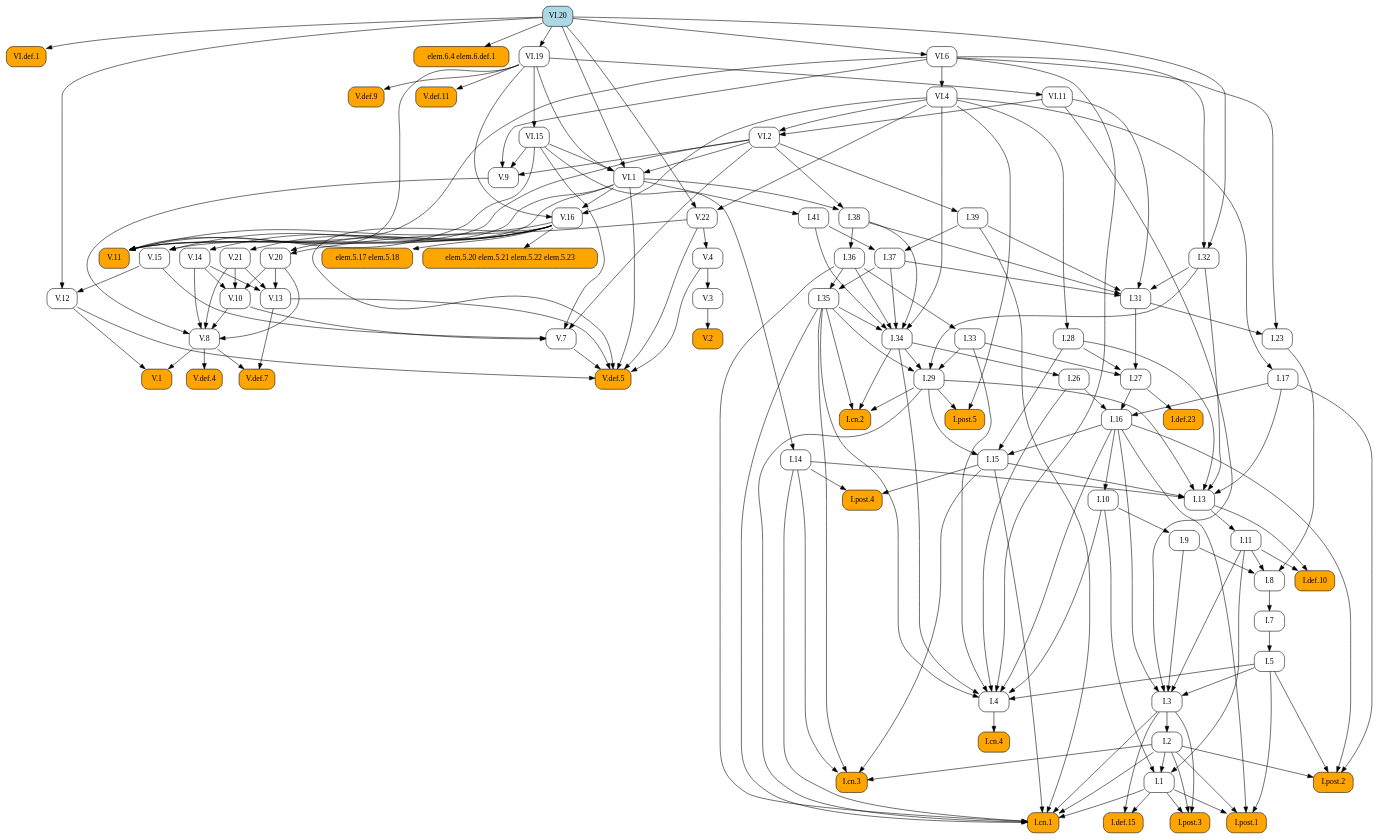
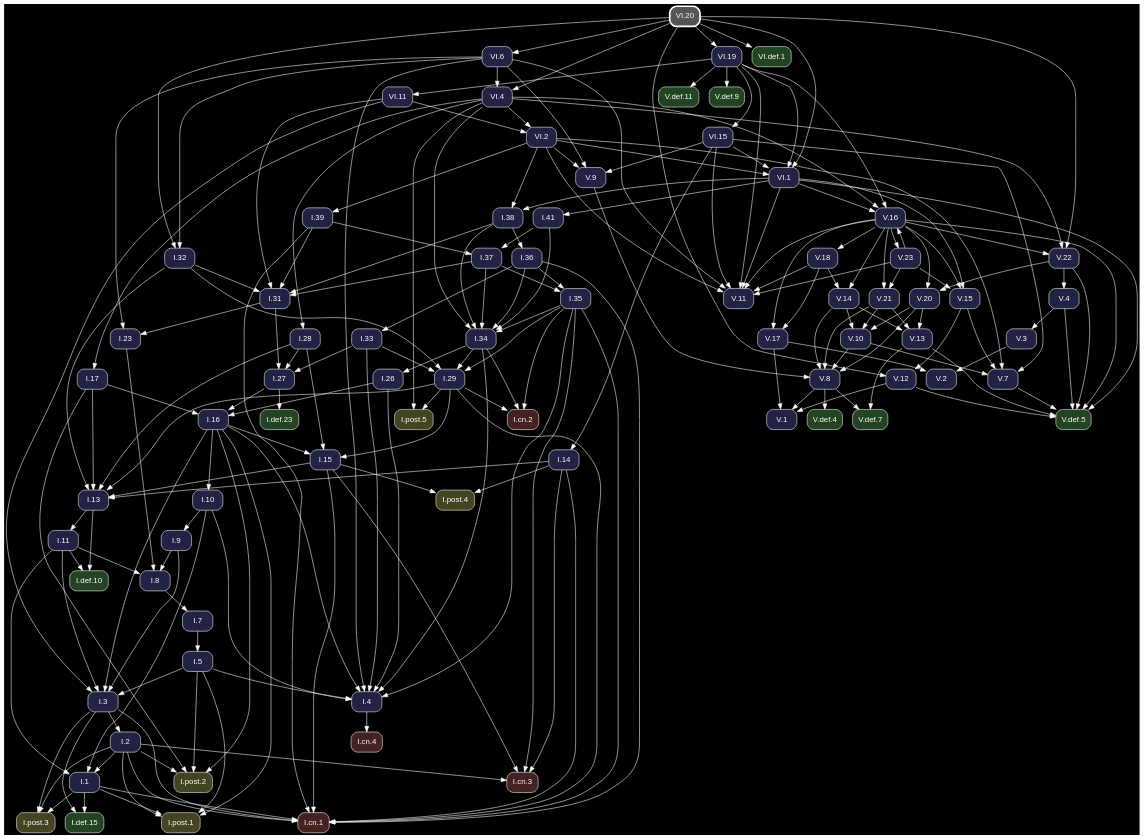
Before and after one commit to geometor/elements: the diagram in docsrc/heath/VI/20/index.rst, drawn with Graphviz. The commit also changed other lines of this file and 1200 other files, not shown here.

Commit message:
update dependency graphs

```diff
--- a/docsrc/heath/VI/20/index.rst
+++ b/docsrc/heath/VI/20/index.rst
@@ -164,217 +164,92 @@
 .. graphviz::
 
    digraph {
+     bgcolor="black";
+     node [shape=box, style="rounded,filled", fontname="Helvetica", color="white", fontcolor="white"];
+     edge [color="white", fontcolor="white"];
      rankdir="TB";
-     node [shape=box, style=rounded];
-     "I.23" [URL="/heath/I/23/", target="_top"];
-     "I.9" [URL="/heath/I/9/", target="_top"];
-     "VI.def.1" [style="rounded,filled", fillcolor=orange, URL="/heath/VI/def.1/", target="_top"];
-     "V.13" [URL="/heath/V/13/", target="_top"];
-     "I.def.15" [style="rounded,filled", fillcolor=orange, URL="/heath/I/def.15/", target="_top"];
-     "V.7" [URL="/heath/V/7/", target="_top"];
-     "elem.5.17 elem.5.18" [style="rounded,filled", fillcolor=orange];
-     "I.post.1" [style="rounded,filled", fillcolor=orange, URL="/heath/I/post.1/", target="_top"];
-     "V.14" [URL="/heath/V/14/", target="_top"];
-     "V.9" [URL="/heath/V/9/", target="_top"];
-     "VI.20" [style="rounded,filled", fillcolor=lightblue, URL="/heath/VI/20/", target="_top"];
-     "I.31" [URL="/heath/I/31/", target="_top"];
-     "I.def.10" [style="rounded,filled", fillcolor=orange, URL="/heath/I/def.10/", target="_top"];
-     "V.10" [URL="/heath/V/10/", target="_top"];
-     "V.4" [URL="/heath/V/4/", target="_top"];
-     "VI.1" [URL="/heath/VI/1/", target="_top"];
-     "I.39" [URL="/heath/I/39/", target="_top"];
-     "I.14" [URL="/heath/I/14/", target="_top"];
-     "V.11" [style="rounded,filled", fillcolor=orange, URL="/heath/V/11/", target="_top"];
-     "I.34" [URL="/heath/I/34/", target="_top"];
-     "I.3" [URL="/heath/I/3/", target="_top"];
-     "V.def.4" [style="rounded,filled", fillcolor=orange, URL="/heath/V/def.4/", target="_top"];
-     "V.def.7" [style="rounded,filled", fillcolor=orange, URL="/heath/V/def.7/", target="_top"];
-     "V.21" [URL="/heath/V/21/", target="_top"];
-     "I.2" [URL="/heath/I/2/", target="_top"];
-     "V.3" [URL="/heath/V/3/", target="_top"];
-     "I.13" [URL="/heath/I/13/", target="_top"];
-     "I.post.4" [style="rounded,filled", fillcolor=orange, URL="/heath/I/post.4/", target="_top"];
-     "I.4" [URL="/heath/I/4/", target="_top"];
-     "I.1" [URL="/heath/I/1/", target="_top"];
-     "I.8" [URL="/heath/I/8/", target="_top"];
-     "I.17" [URL="/heath/I/17/", target="_top"];
-     "I.29" [URL="/heath/I/29/", target="_top"];
-     "I.38" [URL="/heath/I/38/", target="_top"];
-     "V.8" [URL="/heath/V/8/", target="_top"];
-     "I.15" [URL="/heath/I/15/", target="_top"];
-     "I.10" [URL="/heath/I/10/", target="_top"];
-     "I.11" [URL="/heath/I/11/", target="_top"];
-     "I.def.23" [style="rounded,filled", fillcolor=orange, URL="/heath/I/def.23/", target="_top"];
-     "V.def.9" [style="rounded,filled", fillcolor=orange, URL="/heath/V/def.9/", target="_top"];
-     "V.def.11" [style="rounded,filled", fillcolor=orange, URL="/heath/V/def.11/", target="_top"];
-     "VI.4" [URL="/heath/VI/4/", target="_top"];
-     "I.26" [URL="/heath/I/26/", target="_top"];
-     "elem.6.4 elem.6.def.1" [style="rounded,filled", fillcolor=orange];
-     "V.16" [URL="/heath/V/16/", target="_top"];
-     "VI.15" [URL="/heath/VI/15/", target="_top"];
-     "I.33" [URL="/heath/I/33/", target="_top"];
-     "I.32" [URL="/heath/I/32/", target="_top"];
-     "I.post.3" [style="rounded,filled", fillcolor=orange, URL="/heath/I/post.3/", target="_top"];
-     "V.def.5" [style="rounded,filled", fillcolor=orange, URL="/heath/V/def.5/", target="_top"];
-     "VI.19" [URL="/heath/VI/19/", target="_top"];
-     "V.20" [URL="/heath/V/20/", target="_top"];
-     "I.27" [URL="/heath/I/27/", target="_top"];
-     "V.12" [URL="/heath/V/12/", target="_top"];
-     "V.2" [style="rounded,filled", fillcolor=orange, URL="/heath/V/2/", target="_top"];
-     "I.cn.1" [style="rounded,filled", fillcolor=orange, URL="/heath/I/cn.1/", target="_top"];
-     "I.35" [URL="/heath/I/35/", target="_top"];
-     "VI.6" [URL="/heath/VI/6/", target="_top"];
-     "I.7" [URL="/heath/I/7/", target="_top"];
-     "I.36" [URL="/heath/I/36/", target="_top"];
-     "I.5" [URL="/heath/I/5/", target="_top"];
-     "I.37" [URL="/heath/I/37/", target="_top"];
-     "I.cn.3" [style="rounded,filled", fillcolor=orange, URL="/heath/I/cn.3/", target="_top"];
-     "I.16" [URL="/heath/I/16/", target="_top"];
-     "V.22" [URL="/heath/V/22/", target="_top"];
-     "V.1" [style="rounded,filled", fillcolor=orange, URL="/heath/V/1/", target="_top"];
-     "I.cn.2" [style="rounded,filled", fillcolor=orange, URL="/heath/I/cn.2/", target="_top"];
-     "I.post.5" [style="rounded,filled", fillcolor=orange, URL="/heath/I/post.5/", target="_top"];
-     "VI.2" [URL="/heath/VI/2/", target="_top"];
-     "I.cn.4" [style="rounded,filled", fillcolor=orange, URL="/heath/I/cn.4/", target="_top"];
-     "I.28" [URL="/heath/I/28/", target="_top"];
-     "I.41" [URL="/heath/I/41/", target="_top"];
-     "V.15" [URL="/heath/V/15/", target="_top"];
-     "I.post.2" [style="rounded,filled", fillcolor=orange, URL="/heath/I/post.2/", target="_top"];
-     "VI.11" [URL="/heath/VI/11/", target="_top"];
-     "elem.5.20 elem.5.21 elem.5.22 elem.5.23" [style="rounded,filled", fillcolor=orange];
-     "I.31" -> "I.23";
-     "VI.6" -> "I.23";
-     "I.10" -> "I.9";
-     "VI.20" -> "VI.def.1";
-     "V.14" -> "V.13";
-     "V.20" -> "V.13";
-     "V.21" -> "V.13";
-     "I.1" -> "I.def.15";
-     "I.3" -> "I.def.15";
-     "V.10" -> "V.7";
-     "V.15" -> "V.7";
-     "VI.2" -> "V.7";
-     "VI.15" -> "V.7";
-     "V.16" -> "elem.5.17 elem.5.18";
-     "I.1" -> "I.post.1";
-     "I.2" -> "I.post.1";
-     "I.5" -> "I.post.1";
-     "I.16" -> "I.post.1";
-     "V.16" -> "V.14";
-     "VI.2" -> "V.9";
-     "VI.6" -> "V.9";
-     "VI.15" -> "V.9";
-     "I.32" -> "I.31";
-     "I.37" -> "I.31";
-     "I.38" -> "I.31";
-     "I.39" -> "I.31";
-     "VI.11" -> "I.31";
-     "I.11" -> "I.def.10";
-     "I.13" -> "I.def.10";
-     "V.14" -> "V.10";
-     "V.20" -> "V.10";
-     "V.21" -> "V.10";
-     "V.22" -> "V.4";
-     "VI.2" -> "VI.1";
-     "VI.15" -> "VI.1";
-     "VI.19" -> "VI.1";
-     "VI.20" -> "VI.1";
-     "VI.2" -> "I.39";
-     "VI.15" -> "I.14";
-     "V.16" -> "V.11";
-     "VI.1" -> "V.11";
-     "VI.2" -> "V.11";
-     "VI.6" -> "V.11";
-     "VI.15" -> "V.11";
-     "VI.19" -> "V.11";
-     "I.35" -> "I.34";
-     "I.36" -> "I.34";
-     "I.37" -> "I.34";
-     "I.38" -> "I.34";
-     "I.41" -> "I.34";
-     "VI.4" -> "I.34";
-     "I.5" -> "I.3";
-     "I.9" -> "I.3";
-     "I.11" -> "I.3";
-     "I.16" -> "I.3";
-     "VI.11" -> "I.3";
-     "V.8" -> "V.def.4";
-     "V.8" -> "V.def.7";
-     "V.13" -> "V.def.7";
-     "V.16" -> "V.21";
-     "I.3" -> "I.2";
-     "V.4" -> "V.3";
-     "I.14" -> "I.13";
-     "I.15" -> "I.13";
-     "I.17" -> "I.13";
-     "I.28" -> "I.13";
-     "I.29" -> "I.13";
-     "I.32" -> "I.13";
-     "I.14" -> "I.post.4";
-     "I.15" -> "I.post.4";
-     "I.5" -> "I.4";
-     "I.10" -> "I.4";
-     "I.16" -> "I.4";
-     "I.26" -> "I.4";
-     "I.33" -> "I.4";
-     "I.34" -> "I.4";
-     "I.35" -> "I.4";
-     "VI.6" -> "I.4";
-     "I.2" -> "I.1";
-     "I.10" -> "I.1";
-     "I.11" -> "I.1";
-     "I.9" -> "I.8";
-     "I.11" -> "I.8";
-     "I.23" -> "I.8";
-     "VI.4" -> "I.17";
-     "I.32" -> "I.29";
-     "I.33" -> "I.29";
-     "I.34" -> "I.29";
-     "I.35" -> "I.29";
-     "VI.1" -> "I.38";
-     "VI.2" -> "I.38";
-     "V.9" -> "V.8";
-     "V.10" -> "V.8";
-     "V.14" -> "V.8";
-     "V.20" -> "V.8";
-     "V.21" -> "V.8";
-     "I.16" -> "I.15";
-     "I.28" -> "I.15";
-     "I.29" -> "I.15";
-     "I.16" -> "I.10";
-     "I.13" -> "I.11";
-     "I.27" -> "I.def.23";
+     "V.15" [fillcolor="#222244", URL="/heath/V/15/", target="_top"];
+     "V.def.9" [fillcolor="#224422", URL="/heath/V/def.9/", target="_top"];
+     "I.32" [fillcolor="#222244", URL="/heath/I/32/", target="_top"];
+     "I.cn.1" [fillcolor="#442222", URL="/heath/I/cn.1/", target="_top"];
+     "V.18" [fillcolor="#222244", URL="/heath/V/18/", target="_top"];
+     "V.14" [fillcolor="#222244", URL="/heath/V/14/", target="_top"];
+     "I.28" [fillcolor="#222244", URL="/heath/I/28/", target="_top"];
+     "I.27" [fillcolor="#222244", URL="/heath/I/27/", target="_top"];
+     "V.23" [fillcolor="#222244", URL="/heath/V/23/", target="_top"];
+     "I.2" [fillcolor="#222244", URL="/heath/I/2/", target="_top"];
+     "I.41" [fillcolor="#222244", URL="/heath/I/41/", target="_top"];
+     "I.post.4" [fillcolor="#444422", URL="/heath/I/post.4/", target="_top"];
+     "I.26" [fillcolor="#222244", URL="/heath/I/26/", target="_top"];
+     "I.8" [fillcolor="#222244", URL="/heath/I/8/", target="_top"];
+     "V.4" [fillcolor="#222244", URL="/heath/V/4/", target="_top"];
+     "V.16" [fillcolor="#222244", URL="/heath/V/16/", target="_top"];
+     "VI.2" [fillcolor="#222244", URL="/heath/VI/2/", target="_top"];
+     "I.7" [fillcolor="#222244", URL="/heath/I/7/", target="_top"];
+     "I.5" [fillcolor="#222244", URL="/heath/I/5/", target="_top"];
+     "V.11" [fillcolor="#222244", URL="/heath/V/11/", target="_top"];
+     "V.def.4" [fillcolor="#224422", URL="/heath/V/def.4/", target="_top"];
+     "V.20" [fillcolor="#222244", URL="/heath/V/20/", target="_top"];
+     "I.11" [fillcolor="#222244", URL="/heath/I/11/", target="_top"];
+     "I.37" [fillcolor="#222244", URL="/heath/I/37/", target="_top"];
+     "I.cn.3" [fillcolor="#442222", URL="/heath/I/cn.3/", target="_top"];
+     "I.36" [fillcolor="#222244", URL="/heath/I/36/", target="_top"];
+     "I.38" [fillcolor="#222244", URL="/heath/I/38/", target="_top"];
+     "I.post.2" [fillcolor="#444422", URL="/heath/I/post.2/", target="_top"];
+     "I.def.23" [fillcolor="#224422", URL="/heath/I/def.23/", target="_top"];
+     "V.def.11" [fillcolor="#224422", URL="/heath/V/def.11/", target="_top"];
+     "I.35" [fillcolor="#222244", URL="/heath/I/35/", target="_top"];
+     "VI.19" [fillcolor="#222244", URL="/heath/VI/19/", target="_top"];
+     "I.post.3" [fillcolor="#444422", URL="/heath/I/post.3/", target="_top"];
+     "V.13" [fillcolor="#222244", URL="/heath/V/13/", target="_top"];
+     "VI.11" [fillcolor="#222244", URL="/heath/VI/11/", target="_top"];
+     "V.8" [fillcolor="#222244", URL="/heath/V/8/", target="_top"];
+     "I.33" [fillcolor="#222244", URL="/heath/I/33/", target="_top"];
+     "V.10" [fillcolor="#222244", URL="/heath/V/10/", target="_top"];
+     "I.17" [fillcolor="#222244", URL="/heath/I/17/", target="_top"];
+     "V.def.5" [fillcolor="#224422", URL="/heath/V/def.5/", target="_top"];
+     "V.22" [fillcolor="#222244", URL="/heath/V/22/", target="_top"];
+     "VI.15" [fillcolor="#222244", URL="/heath/VI/15/", target="_top"];
+     "I.31" [fillcolor="#222244", URL="/heath/I/31/", target="_top"];
+     "I.3" [fillcolor="#222244", URL="/heath/I/3/", target="_top"];
+     "V.12" [fillcolor="#222244", URL="/heath/V/12/", target="_top"];
+     "I.def.10" [fillcolor="#224422", URL="/heath/I/def.10/", target="_top"];
+     "I.15" [fillcolor="#222244", URL="/heath/I/15/", target="_top"];
+     "I.39" [fillcolor="#222244", URL="/heath/I/39/", target="_top"];
+     "I.13" [fillcolor="#222244", URL="/heath/I/13/", target="_top"];
+     "VI.6" [fillcolor="#222244", URL="/heath/VI/6/", target="_top"];
+     "I.cn.2" [fillcolor="#442222", URL="/heath/I/cn.2/", target="_top"];
+     "I.9" [fillcolor="#222244", URL="/heath/I/9/", target="_top"];
+     "VI.def.1" [fillcolor="#224422", URL="/heath/VI/def.1/", target="_top"];
+     "I.1" [fillcolor="#222244", URL="/heath/I/1/", target="_top"];
+     "I.post.5" [fillcolor="#444422", URL="/heath/I/post.5/", target="_top"];
+     "I.23" [fillcolor="#222244", URL="/heath/I/23/", target="_top"];
+     "VI.20" [penwidth=3, color="white", fillcolor="#555555", URL="/heath/VI/20/", target="_top"];
+     "I.4" [fillcolor="#222244", URL="/heath/I/4/", target="_top"];
+     "VI.4" [fillcolor="#222244", URL="/heath/VI/4/", target="_top"];
+     "V.7" [fillcolor="#222244", URL="/heath/V/7/", target="_top"];
+     "V.9" [fillcolor="#222244", URL="/heath/V/9/", target="_top"];
+     "VI.1" [fillcolor="#222244", URL="/heath/VI/1/", target="_top"];
+     "I.10" [fillcolor="#222244", URL="/heath/I/10/", target="_top"];
+     "V.def.7" [fillcolor="#224422", URL="/heath/V/def.7/", target="_top"];
+     "I.post.1" [fillcolor="#444422", URL="/heath/I/post.1/", target="_top"];
+     "I.16" [fillcolor="#222244", URL="/heath/I/16/", target="_top"];
+     "I.29" [fillcolor="#222244", URL="/heath/I/29/", target="_top"];
+     "I.cn.4" [fillcolor="#442222", URL="/heath/I/cn.4/", target="_top"];
+     "I.14" [fillcolor="#222244", URL="/heath/I/14/", target="_top"];
+     "V.1" [fillcolor="#222244", URL="/heath/V/1/", target="_top"];
+     "V.2" [fillcolor="#222244", URL="/heath/V/2/", target="_top"];
+     "V.21" [fillcolor="#222244", URL="/heath/V/21/", target="_top"];
+     "I.34" [fillcolor="#222244", URL="/heath/I/34/", target="_top"];
+     "I.def.15" [fillcolor="#224422", URL="/heath/I/def.15/", target="_top"];
+     "V.3" [fillcolor="#222244", URL="/heath/V/3/", target="_top"];
+     "V.17" [fillcolor="#222244", URL="/heath/V/17/", target="_top"];
+     "V.16" -> "V.15";
+     "V.23" -> "V.15";
+     "VI.1" -> "V.15";
      "VI.19" -> "V.def.9";
-     "VI.19" -> "V.def.11";
-     "VI.6" -> "VI.4";
-     "I.34" -> "I.26";
-     "VI.20" -> "elem.6.4 elem.6.def.1";
-     "VI.1" -> "V.16";
-     "VI.4" -> "V.16";
-     "VI.19" -> "V.16";
-     "VI.19" -> "VI.15";
-     "I.36" -> "I.33";
      "VI.6" -> "I.32";
      "VI.20" -> "I.32";
-     "I.1" -> "I.post.3";
-     "I.2" -> "I.post.3";
-     "I.3" -> "I.post.3";
-     "V.4" -> "V.def.5";
-     "V.7" -> "V.def.5";
-     "V.12" -> "V.def.5";
-     "V.13" -> "V.def.5";
-     "V.16" -> "V.def.5";
-     "V.22" -> "V.def.5";
-     "VI.1" -> "V.def.5";
-     "VI.20" -> "VI.19";
-     "V.16" -> "V.20";
-     "V.22" -> "V.20";
-     "I.28" -> "I.27";
-     "I.31" -> "I.27";
-     "I.33" -> "I.27";
-     "V.15" -> "V.12";
-     "VI.20" -> "V.12";
-     "V.3" -> "V.2";
      "I.1" -> "I.cn.1";
      "I.2" -> "I.cn.1";
      "I.3" -> "I.cn.1";
@@ -384,41 +259,179 @@
      "I.35" -> "I.cn.1";
      "I.36" -> "I.cn.1";
      "I.39" -> "I.cn.1";
-     "I.36" -> "I.35";
-     "I.37" -> "I.35";
-     "VI.20" -> "VI.6";
+     "V.16" -> "V.18";
+     "V.16" -> "V.14";
+     "V.18" -> "V.14";
+     "VI.4" -> "I.28";
+     "I.28" -> "I.27";
+     "I.31" -> "I.27";
+     "I.33" -> "I.27";
+     "V.16" -> "V.23";
+     "I.3" -> "I.2";
+     "VI.1" -> "I.41";
+     "I.14" -> "I.post.4";
+     "I.15" -> "I.post.4";
+     "I.34" -> "I.26";
+     "I.9" -> "I.8";
+     "I.11" -> "I.8";
+     "I.23" -> "I.8";
+     "V.22" -> "V.4";
+     "V.23" -> "V.16";
+     "VI.1" -> "V.16";
+     "VI.4" -> "V.16";
+     "VI.19" -> "V.16";
+     "VI.4" -> "VI.2";
+     "VI.11" -> "VI.2";
      "I.8" -> "I.7";
-     "I.38" -> "I.36";
      "I.7" -> "I.5";
+     "V.16" -> "V.11";
+     "V.18" -> "V.11";
+     "V.23" -> "V.11";
+     "VI.1" -> "V.11";
+     "VI.2" -> "V.11";
+     "VI.6" -> "V.11";
+     "VI.15" -> "V.11";
+     "VI.19" -> "V.11";
+     "V.8" -> "V.def.4";
+     "V.16" -> "V.20";
+     "V.22" -> "V.20";
+     "I.13" -> "I.11";
      "I.39" -> "I.37";
      "I.41" -> "I.37";
      "I.2" -> "I.cn.3";
      "I.14" -> "I.cn.3";
      "I.15" -> "I.cn.3";
      "I.35" -> "I.cn.3";
-     "I.17" -> "I.16";
-     "I.26" -> "I.16";
-     "I.27" -> "I.16";
-     "VI.4" -> "V.22";
-     "VI.20" -> "V.22";
-     "V.8" -> "V.1";
-     "V.12" -> "V.1";
-     "I.29" -> "I.cn.2";
-     "I.34" -> "I.cn.2";
-     "I.35" -> "I.cn.2";
-     "I.29" -> "I.post.5";
-     "VI.4" -> "I.post.5";
-     "VI.4" -> "VI.2";
-     "VI.11" -> "VI.2";
-     "I.4" -> "I.cn.4";
-     "VI.4" -> "I.28";
-     "VI.1" -> "I.41";
-     "V.16" -> "V.15";
-     "VI.1" -> "V.15";
+     "I.38" -> "I.36";
+     "VI.1" -> "I.38";
+     "VI.2" -> "I.38";
      "I.2" -> "I.post.2";
      "I.5" -> "I.post.2";
      "I.16" -> "I.post.2";
      "I.17" -> "I.post.2";
+     "I.27" -> "I.def.23";
+     "VI.19" -> "V.def.11";
+     "I.36" -> "I.35";
+     "I.37" -> "I.35";
+     "VI.20" -> "VI.19";
+     "I.1" -> "I.post.3";
+     "I.2" -> "I.post.3";
+     "I.3" -> "I.post.3";
+     "V.14" -> "V.13";
+     "V.20" -> "V.13";
+     "V.21" -> "V.13";
      "VI.19" -> "VI.11";
-     "V.16" -> "elem.5.20 elem.5.21 elem.5.22 elem.5.23";
+     "V.9" -> "V.8";
+     "V.10" -> "V.8";
+     "V.14" -> "V.8";
+     "V.20" -> "V.8";
+     "V.21" -> "V.8";
+     "I.36" -> "I.33";
+     "V.14" -> "V.10";
+     "V.20" -> "V.10";
+     "V.21" -> "V.10";
+     "VI.4" -> "I.17";
+     "V.4" -> "V.def.5";
+     "V.7" -> "V.def.5";
+     "V.12" -> "V.def.5";
+     "V.13" -> "V.def.5";
+     "V.16" -> "V.def.5";
+     "V.22" -> "V.def.5";
+     "VI.1" -> "V.def.5";
+     "V.16" -> "V.22";
+     "VI.4" -> "V.22";
+     "VI.20" -> "V.22";
+     "VI.19" -> "VI.15";
+     "I.32" -> "I.31";
+     "I.37" -> "I.31";
+     "I.38" -> "I.31";
+     "I.39" -> "I.31";
+     "VI.11" -> "I.31";
+     "I.5" -> "I.3";
+     "I.9" -> "I.3";
+     "I.11" -> "I.3";
+     "I.16" -> "I.3";
+     "VI.11" -> "I.3";
+     "V.15" -> "V.12";
+     "VI.20" -> "V.12";
+     "I.11" -> "I.def.10";
+     "I.13" -> "I.def.10";
+     "I.16" -> "I.15";
+     "I.28" -> "I.15";
+     "I.29" -> "I.15";
+     "VI.2" -> "I.39";
+     "I.14" -> "I.13";
+     "I.15" -> "I.13";
+     "I.17" -> "I.13";
+     "I.28" -> "I.13";
+     "I.29" -> "I.13";
+     "I.32" -> "I.13";
+     "VI.20" -> "VI.6";
+     "I.29" -> "I.cn.2";
+     "I.34" -> "I.cn.2";
+     "I.35" -> "I.cn.2";
+     "I.10" -> "I.9";
+     "VI.20" -> "VI.def.1";
+     "I.2" -> "I.1";
+     "I.10" -> "I.1";
+     "I.11" -> "I.1";
+     "I.29" -> "I.post.5";
+     "VI.4" -> "I.post.5";
+     "I.31" -> "I.23";
+     "VI.6" -> "I.23";
+     "I.5" -> "I.4";
+     "I.10" -> "I.4";
+     "I.16" -> "I.4";
+     "I.26" -> "I.4";
+     "I.33" -> "I.4";
+     "I.34" -> "I.4";
+     "I.35" -> "I.4";
+     "VI.6" -> "I.4";
+     "VI.6" -> "VI.4";
+     "VI.20" -> "VI.4";
+     "V.10" -> "V.7";
+     "V.15" -> "V.7";
+     "VI.2" -> "V.7";
+     "VI.15" -> "V.7";
+     "VI.2" -> "V.9";
+     "VI.6" -> "V.9";
+     "VI.15" -> "V.9";
+     "VI.2" -> "VI.1";
+     "VI.15" -> "VI.1";
+     "VI.19" -> "VI.1";
+     "VI.20" -> "VI.1";
+     "I.16" -> "I.10";
+     "V.8" -> "V.def.7";
+     "V.13" -> "V.def.7";
+     "I.1" -> "I.post.1";
+     "I.2" -> "I.post.1";
+     "I.5" -> "I.post.1";
+     "I.16" -> "I.post.1";
+     "I.17" -> "I.16";
+     "I.26" -> "I.16";
+     "I.27" -> "I.16";
+     "I.32" -> "I.29";
+     "I.33" -> "I.29";
+     "I.34" -> "I.29";
+     "I.35" -> "I.29";
+     "I.4" -> "I.cn.4";
+     "VI.15" -> "I.14";
+     "V.8" -> "V.1";
+     "V.12" -> "V.1";
+     "V.17" -> "V.1";
+     "V.3" -> "V.2";
+     "V.17" -> "V.2";
+     "V.16" -> "V.21";
+     "V.23" -> "V.21";
+     "I.35" -> "I.34";
+     "I.36" -> "I.34";
+     "I.37" -> "I.34";
+     "I.38" -> "I.34";
+     "I.41" -> "I.34";
+     "VI.4" -> "I.34";
+     "I.1" -> "I.def.15";
+     "I.3" -> "I.def.15";
+     "V.4" -> "V.3";
+     "V.16" -> "V.17";
+     "V.18" -> "V.17";
    }
```
